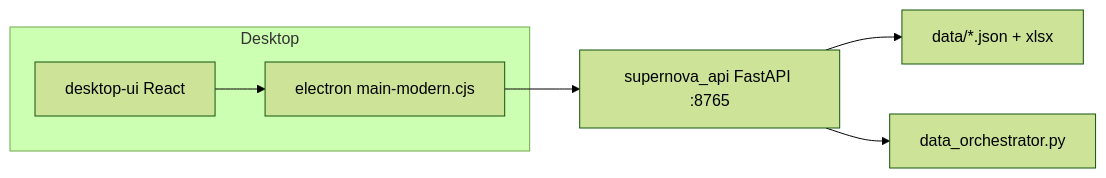
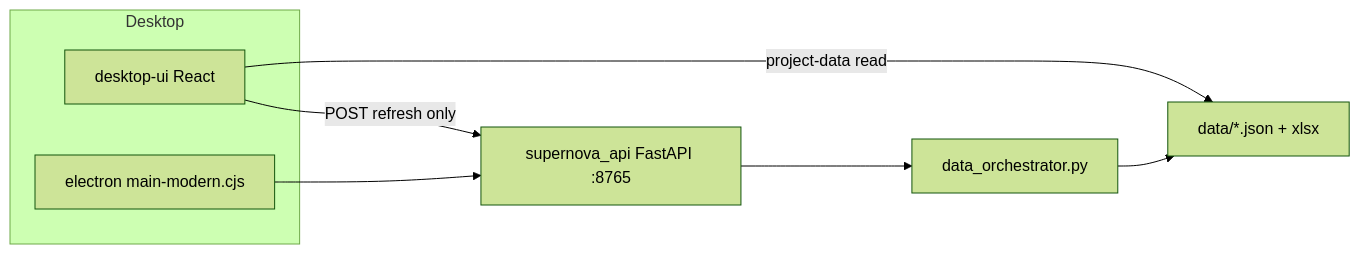
One commit to tizyvola-cmd/biotech-investment-app changed the diagram in DESKTOP.md. Above: the diagram before and after it, drawn with Mermaid (forest theme). The commit also changed other lines of this file and 1384 other files, not shown here.

````diff
--- a/DESKTOP.md
+++ b/DESKTOP.md
@@ -151,14 +237,15 @@
 ```mermaid
 flowchart LR
   subgraph desktop [Desktop]
     UI[desktop-ui React]
     EL[electron main-modern.cjs]
   end
   API[supernova_api FastAPI :8765]
   DATA[data/*.json + xlsx]
   ORCH[data_orchestrator.py]
-  UI --> EL
+  UI -->|project-data read| DATA
+  UI -->|POST refresh only| API
   EL --> API
-  API --> DATA
   API --> ORCH
+  ORCH --> DATA
 ```
````
